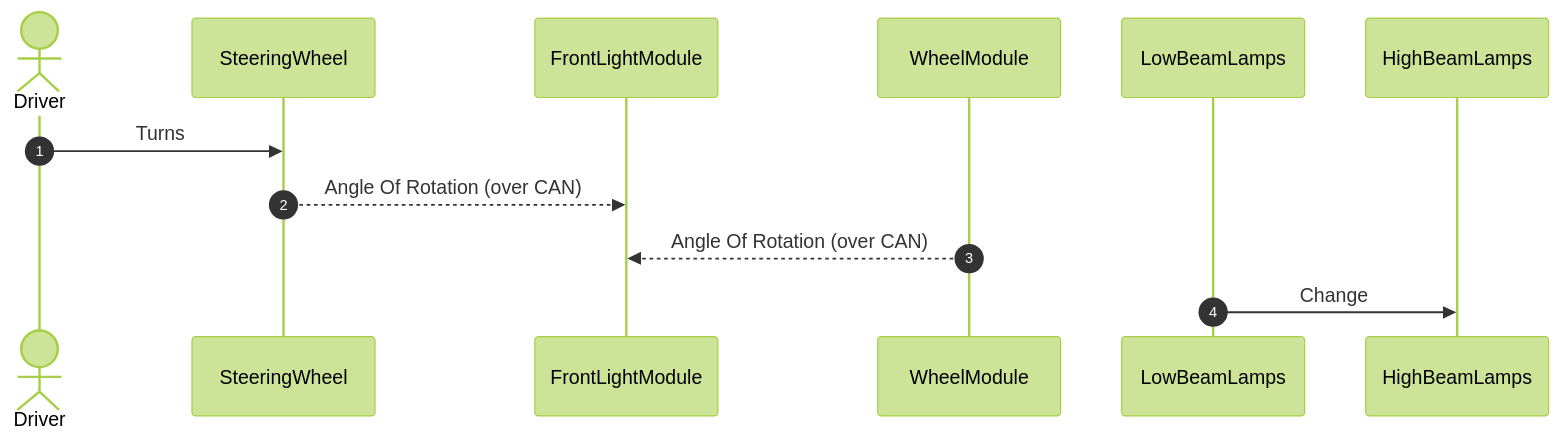
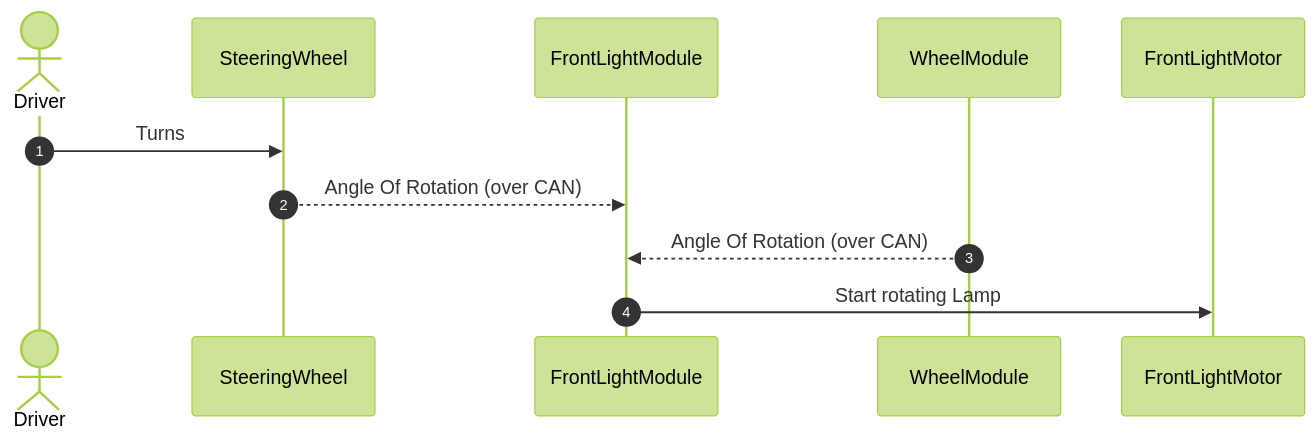
The fourth of 5 diagrams in VehicleSystemsReports/VehicleLightingSystem/VehicleLightingSystem.md (kishorekanala/VehicleSim), drawn with Mermaid (forest theme) before and after one commit.

Commit message:
Apr 8, 2023, 10:23 AM

````diff
--- a/VehicleSystemsReports/VehicleLightingSystem/VehicleLightingSystem.md
+++ b/VehicleSystemsReports/VehicleLightingSystem/VehicleLightingSystem.md
@@ -138,12 +138,13 @@
 ```mermaid
 sequenceDiagram
 autonumber
 actor Driver
 participant SteeringWheel
 participant FrontLightModule
 participant WheelModule
+participant FrontLightMotor
 Driver->>SteeringWheel: Turns 
 SteeringWheel-->>FrontLightModule: Angle Of Rotation (over CAN)
 WheelModule-->>FrontLightModule: Angle Of Rotation (over CAN)
-LowBeamLamps->>HighBeamLamps: Change
+FrontLightModule->>FrontLightMotor: Start rotating Lamp
 ```
````
